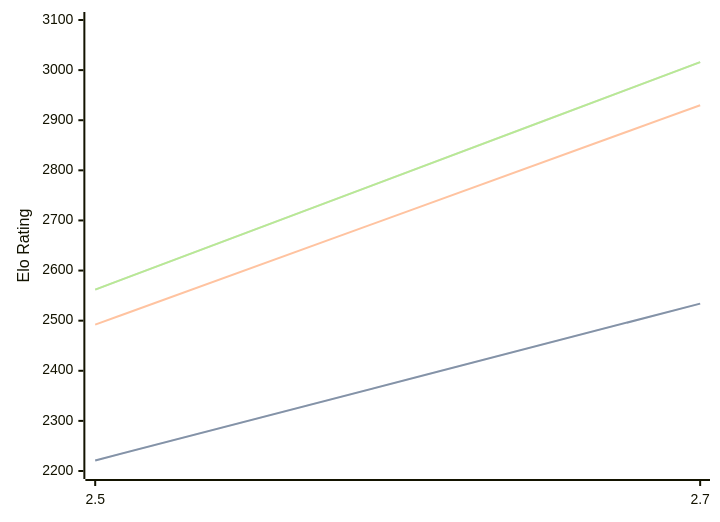
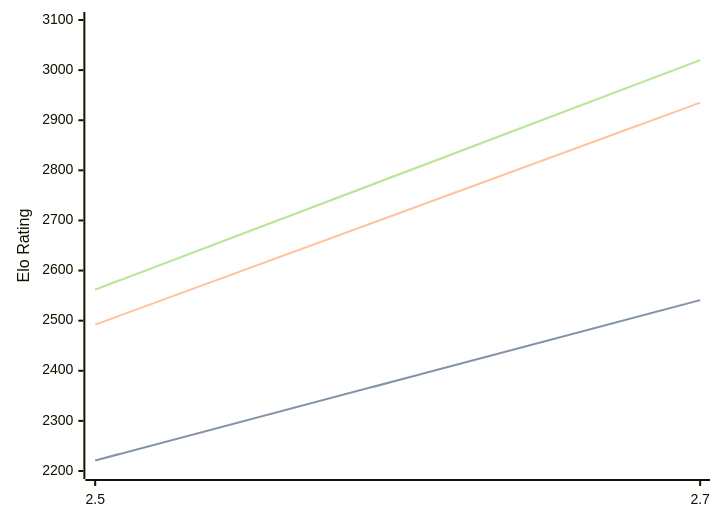
Before and after one commit to computer-chess-index/cci: the diagram in engines/Zevra.md, drawn with Mermaid. The commit also changed other lines of this file, not shown here.

Commit message:
Update CCI Ratings (ELO VLTC) - 2026-09-02

````diff
--- a/engines/Zevra.md
+++ b/engines/Zevra.md
@@ -32,11 +32,11 @@
 ```mermaid
 %%{init: {"theme":"base","themeVariables":{"seriesColors:['#a3a3a3','#222221','#faa371']}}}%%
 xychart-beta
   x-axis ["2.5", "2.7"]
   y-axis "Elo Rating" 2200 --> 3100
-  line "" [2221, 2534]
-  line "STC (8.0+0.08s)" [2221, 2534]
-  line "LTC (60.0+0.60s)" [2492, 2930]
-  line "" [2562, 3016]
-  line "VLTC (2m24s+1.12s)" [2562, 3016]
+  line "" [2221, 2541]
+  line "STC (8.0+0.08s)" [2221, 2541]
+  line "LTC (60.0+0.60s)" [2492, 2935]
+  line "" [2562, 3020]
+  line "VLTC (2m24s+1.12s)" [2562, 3020]
 ```
````
